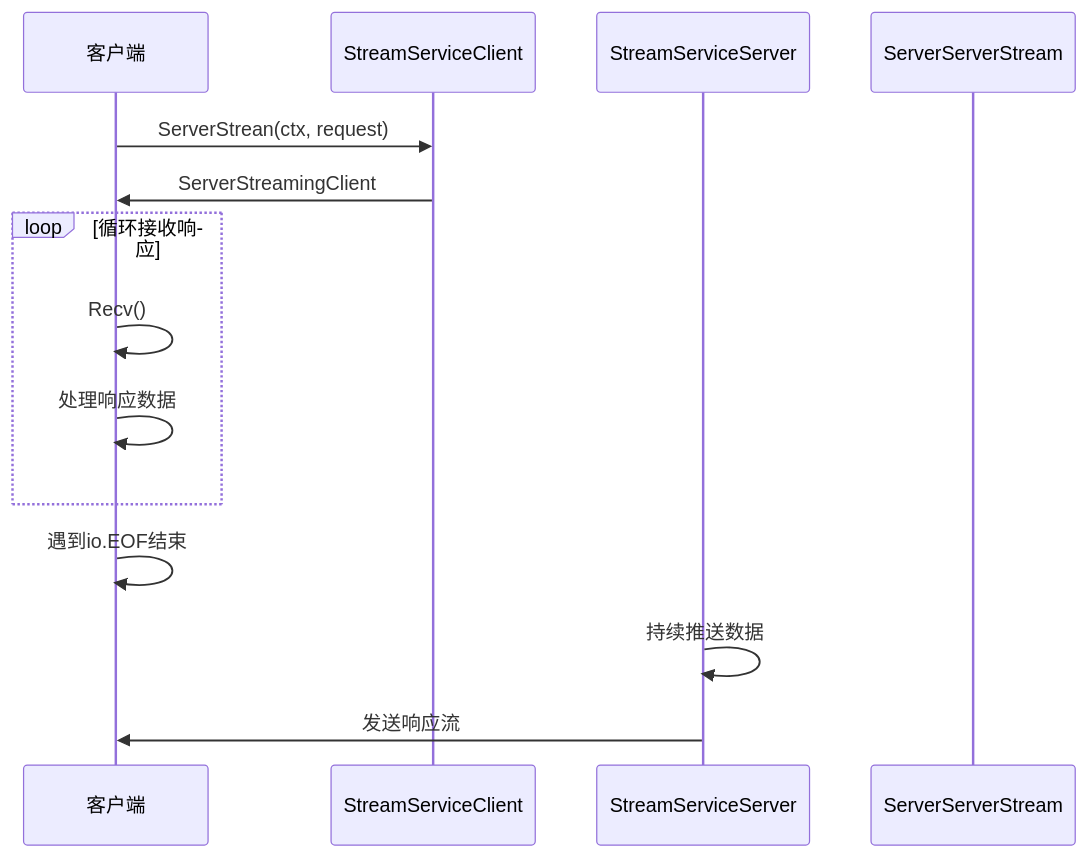
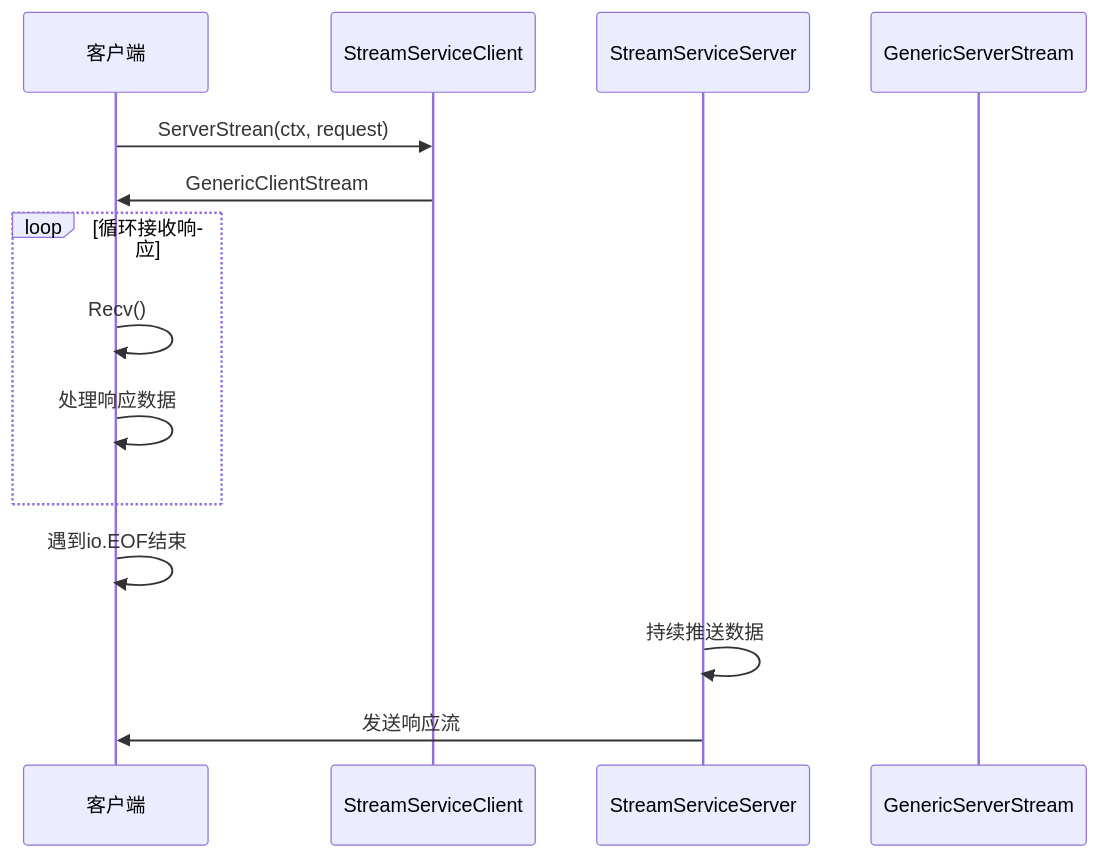
The eighth of 15 diagrams in .agents/repowiki/zh/content/示例和最佳实践/WebSocket流式系统.md (soyacen/goose), drawn with Mermaid before and after one commit. The commit also changed other lines of this file and 7 other files, not shown here.

First line of the commit message:
Refactor WebSocket client and server stream handling

````diff
--- a/.agents/repowiki/zh/content/示例和最佳实践/WebSocket流式系统.md
+++ b/.agents/repowiki/zh/content/示例和最佳实践/WebSocket流式系统.md
@@ -347,16 +367,16 @@
 ```mermaid
 sequenceDiagram
 participant Client as 客户端
 participant Service as StreamServiceClient
 participant Server as StreamServiceServer
-participant Stream as ServerServerStream
+participant Stream as GenericServerStream
 Client->>Service : ServerStrean(ctx, request)
-Service->>Client : ServerStreamingClient
+Service->>Client : GenericClientStream
 loop 循环接收响应
 Client->>Client : Recv()
 Client->>Client : 处理响应数据
 end
 Client->>Client : 遇到io.EOF结束
 Server->>Server : 持续推送数据
 Server->>Client : 发送响应流
 ```
````
